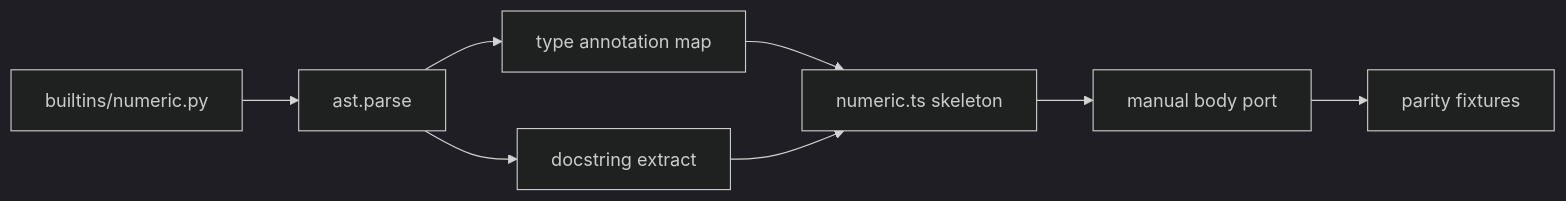
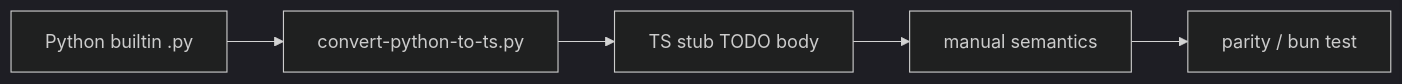
Before and after one commit to hoox-sh/pyne: the diagram in docs/pyne/pine-worker/converter.mdx, drawn with Mermaid (dark theme). The commit also changed other lines of this file and 60 other files, not shown here.

````diff
--- a/docs/pyne/pine-worker/converter.mdx
+++ b/docs/pyne/pine-worker/converter.mdx
@@ -35,10 +35,7 @@
 ```mermaid
 flowchart LR
-  PY[builtins/numeric.py] --> AST[ast.parse]
-  AST --> MAP[type annotation map]
-  AST --> DOC[docstring extract]
-  MAP --> TS[numeric.ts skeleton]
-  DOC --> TS
-  TS --> HUMAN[manual body port]
-  HUMAN --> PARITY[parity fixtures]
+  PY[Python builtin .py] --> CONV[convert-python-to-ts.py]
+  CONV --> STUB[TS stub TODO body]
+  STUB --> HUMAN[manual semantics]
+  HUMAN --> TEST[parity / bun test]
 ```
````
